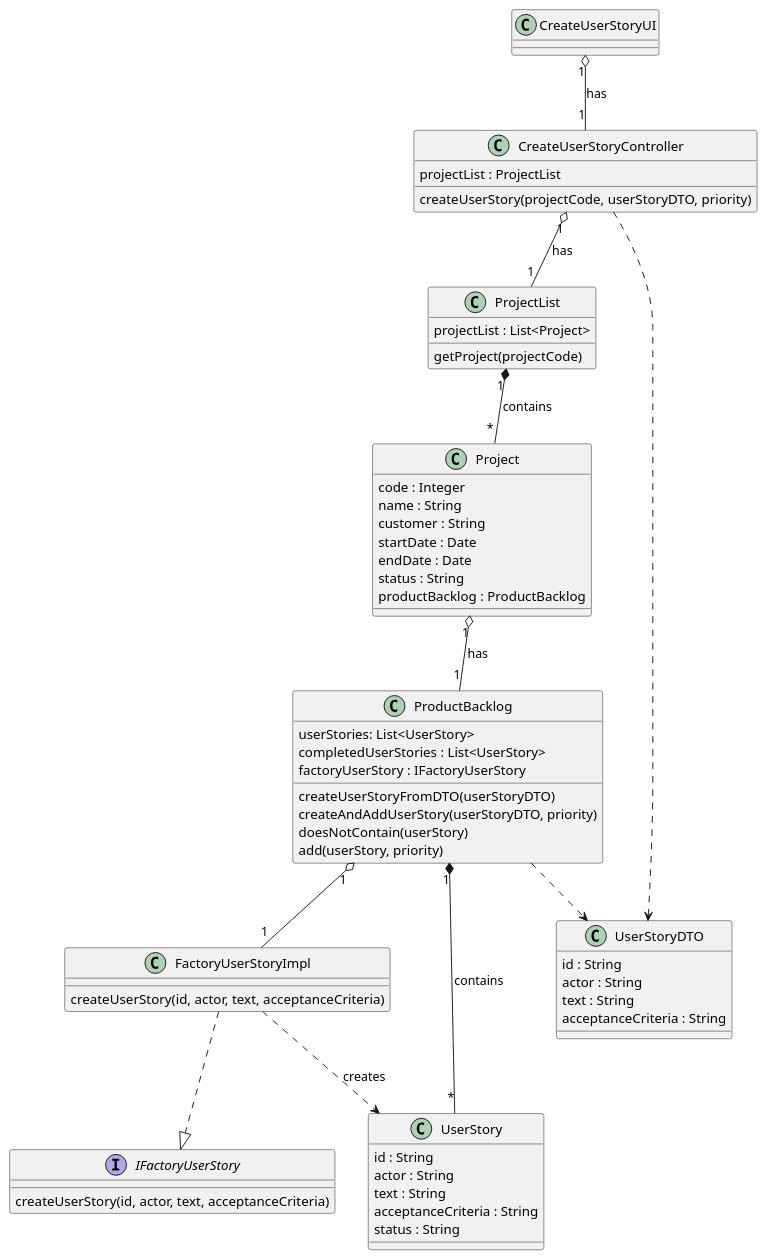
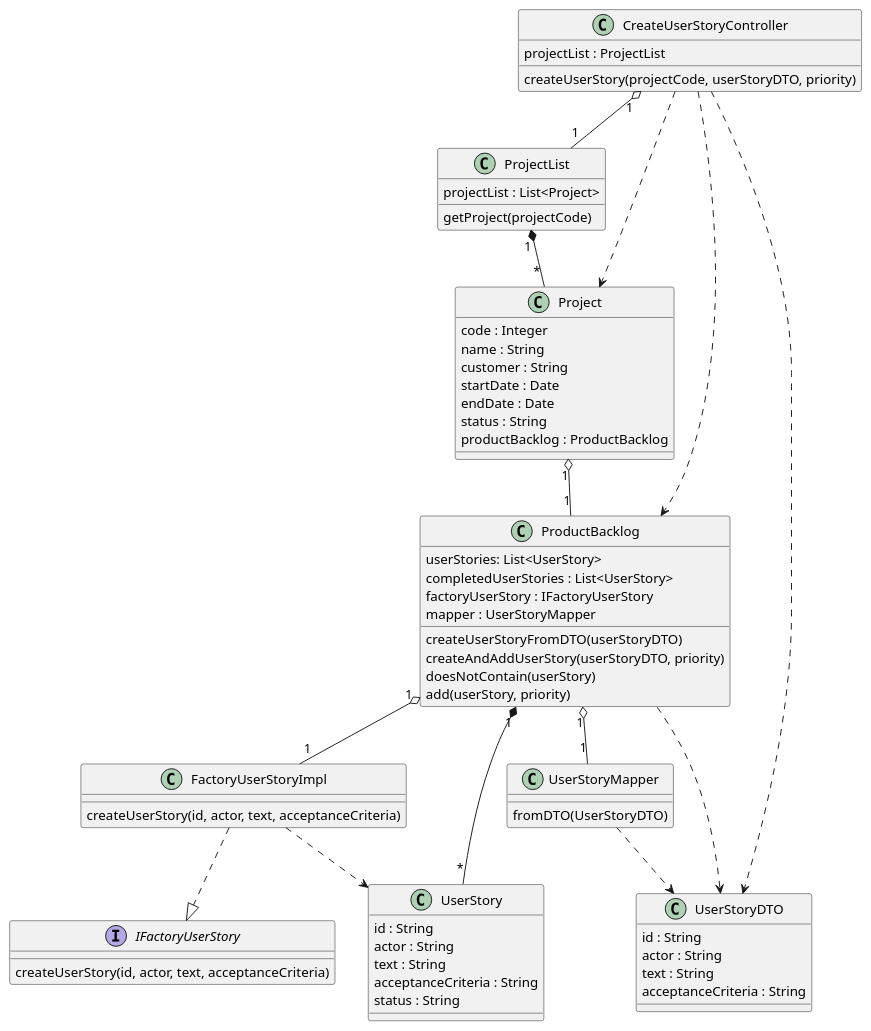
One commit to ivo-menezes/project_g3 changed the diagram in docs/modelling_design/user_stories/us017/US017_CreateUserStoryCD.puml. Above: the diagram before and after it, drawn with PlantUML.

Commit message:
US017: Design: Update class diagram

```diff
--- a/docs/modelling_design/user_stories/us017/US017_CreateUserStoryCD.puml
+++ b/docs/modelling_design/user_stories/us017/US017_CreateUserStoryCD.puml
@@ -1,69 +1,75 @@
 @startuml
-
-class CreateUserStoryUI {}
 
 class CreateUserStoryController {
 projectList : ProjectList
 createUserStory(projectCode, userStoryDTO, priority)
 }
 
 class ProjectList {
 projectList : List<Project>
 getProject(projectCode)
 }
 
 class Project {
 code : Integer
 name : String
 customer : String
 startDate : Date
 endDate : Date
 status : String
 productBacklog : ProductBacklog
 }
 
 class ProductBacklog {
 userStories: List<UserStory>
 completedUserStories : List<UserStory>
 factoryUserStory : IFactoryUserStory
+mapper : UserStoryMapper
 createUserStoryFromDTO(userStoryDTO)
 createAndAddUserStory(userStoryDTO, priority)
 doesNotContain(userStory)
 add(userStory, priority)
 }
 
 class FactoryUserStoryImpl {
 createUserStory(id, actor, text, acceptanceCriteria)
 }
 
 interface IFactoryUserStory {
 createUserStory(id, actor, text, acceptanceCriteria)
 }
 
 class UserStory {
 id : String
 actor : String
 text : String
 acceptanceCriteria : String
 status : String
 }
 
+class UserStoryMapper {
+fromDTO(UserStoryDTO)
+}
+
 class UserStoryDTO {
 id : String
 actor : String
 text : String
 acceptanceCriteria : String
 }
 
-CreateUserStoryUI "1" o-- "1" CreateUserStoryController : has
-CreateUserStoryController "1" o-- "1" ProjectList : has
+CreateUserStoryController "1" o-- "1" ProjectList
 CreateUserStoryController ..> UserStoryDTO
+CreateUserStoryController ..> Project
+CreateUserStoryController ..> ProductBacklog
 ProductBacklog ..> UserStoryDTO
-ProjectList "      1" *-- "                    *" Project : contains
-Project "1" o-- "1" ProductBacklog : has
-ProductBacklog "1" *-- "*" UserStory : contains
+ProjectList "      1" *-- "                    *" Project
+Project "1" o-- "1" ProductBacklog
+ProductBacklog "1" *-- "*" UserStory
+ProductBacklog "1" o-- "1" UserStoryMapper
+UserStoryMapper ..> UserStoryDTO
 FactoryUserStoryImpl  ..|> IFactoryUserStory
 ProductBacklog "1" o-- "1" FactoryUserStoryImpl
-FactoryUserStoryImpl ..> UserStory : creates
+FactoryUserStoryImpl ..> UserStory
 
 @enduml
```
